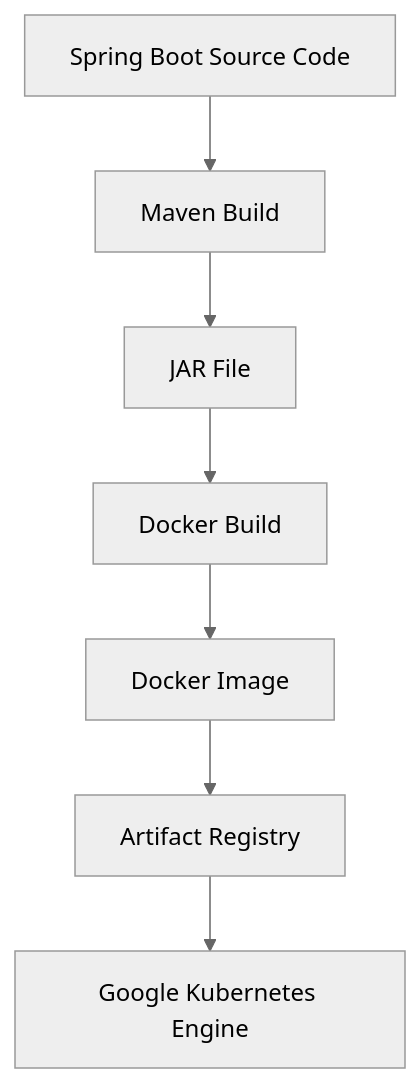
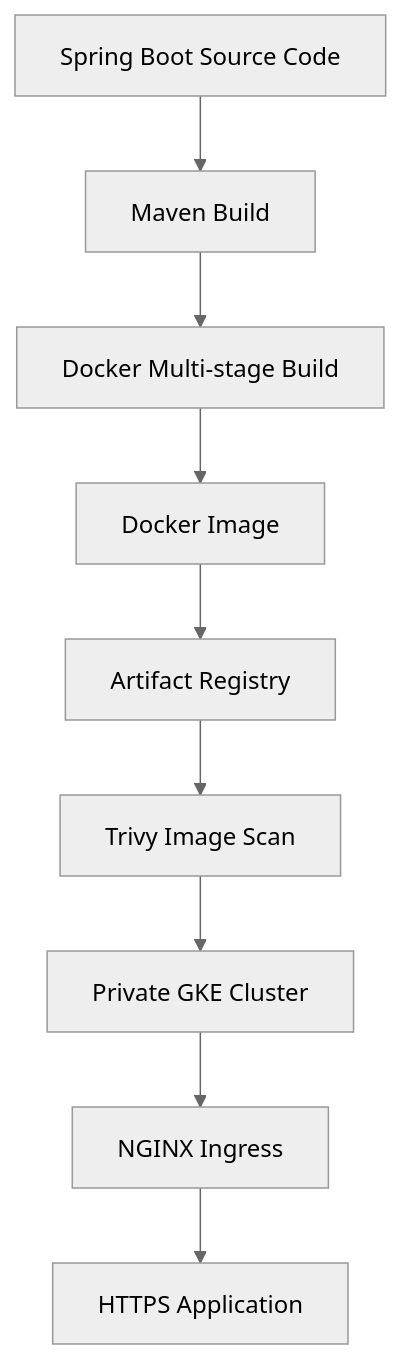
Before and after one commit to ssavaniya/gke-wif-deployment: the diagram in docs/07-docker.md, drawn with Mermaid (neutral theme). The commit also changed other lines of this file and 21 other files, not shown here.

````diff
--- a/docs/07-docker.md
+++ b/docs/07-docker.md
@@ -56,17 +59,21 @@
 ```mermaid
 flowchart TD
 
 A[Spring Boot Source Code]
 
 A --> B[Maven Build]
 
-B --> C[JAR File]
+B --> C[Docker Multi-stage Build]
 
-C --> D[Docker Build]
+C --> D[Docker Image]
 
-D --> E[Docker Image]
+D --> E[Artifact Registry]
 
-E --> F[Artifact Registry]
+E --> F[Trivy Image Scan]
 
-F --> G[Google Kubernetes Engine]
+F --> G[Private GKE Cluster]
+
+G --> H[NGINX Ingress]
+
+H --> I[HTTPS Application]
 ```
````
